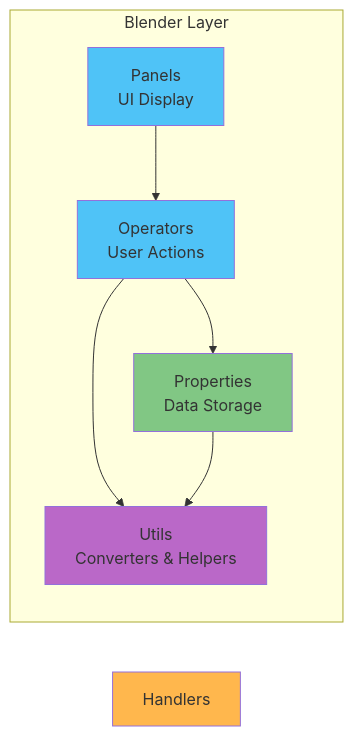
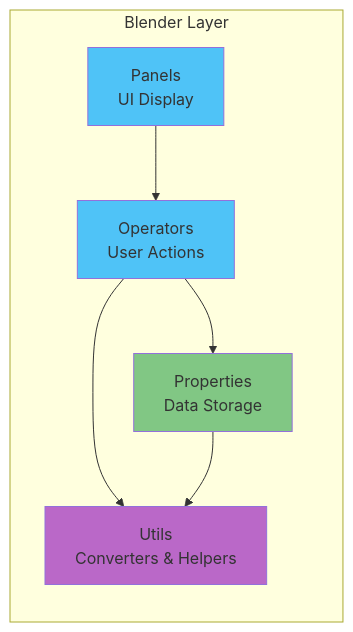
One commit to dougefla/linkforge changed the second of 8 diagrams in ARCHITECTURE.md. Above: the diagram before and after it, drawn with Mermaid. The commit also changed 1 other file, not shown here.

Commit message:
docs: finalize architecture and contributing guides for v1.1.0 release

````diff
--- a/ARCHITECTURE.md
+++ b/ARCHITECTURE.md
@@ -68,20 +68,19 @@
 ```mermaid
 graph LR
     subgraph "Blender Layer"
         Panels[Panels<br/>UI Display]
         Operators[Operators<br/>User Actions]
         Properties[Properties<br/>Data Storage]
         Utils[Utils<br/>Converters & Helpers]
     end
 
     Panels --> Operators
     Operators --> Properties
     Operators --> Utils
     Properties --> Utils
 
     style Panels fill:#4fc3f7
     style Operators fill:#4fc3f7
     style Properties fill:#81c784
-    style Handlers fill:#ffb74d
     style Utils fill:#ba68c8
 ```
````
